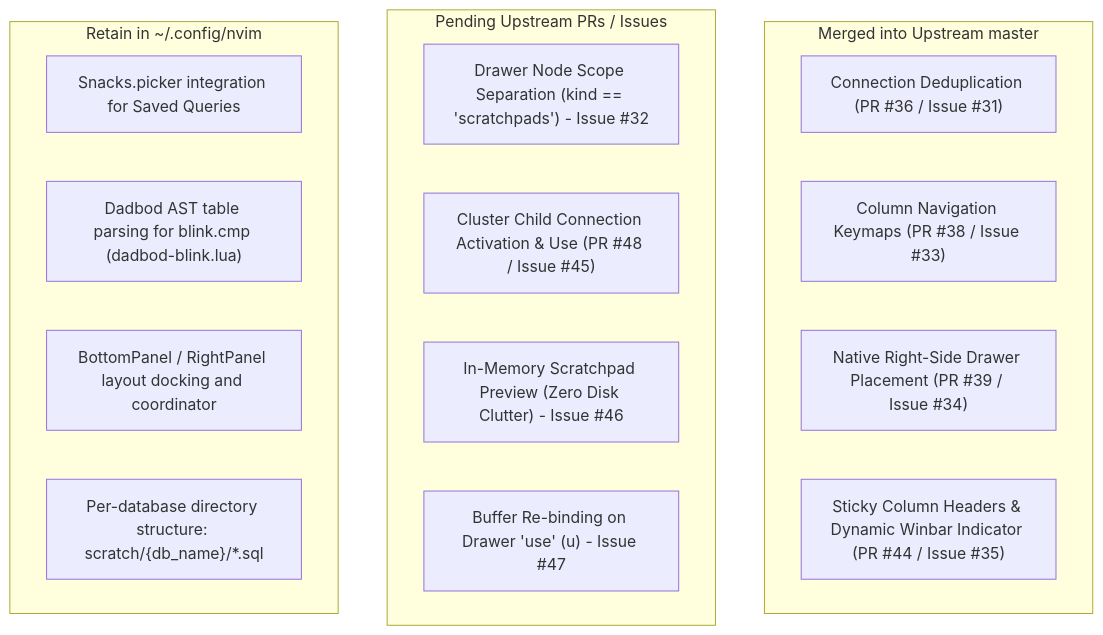
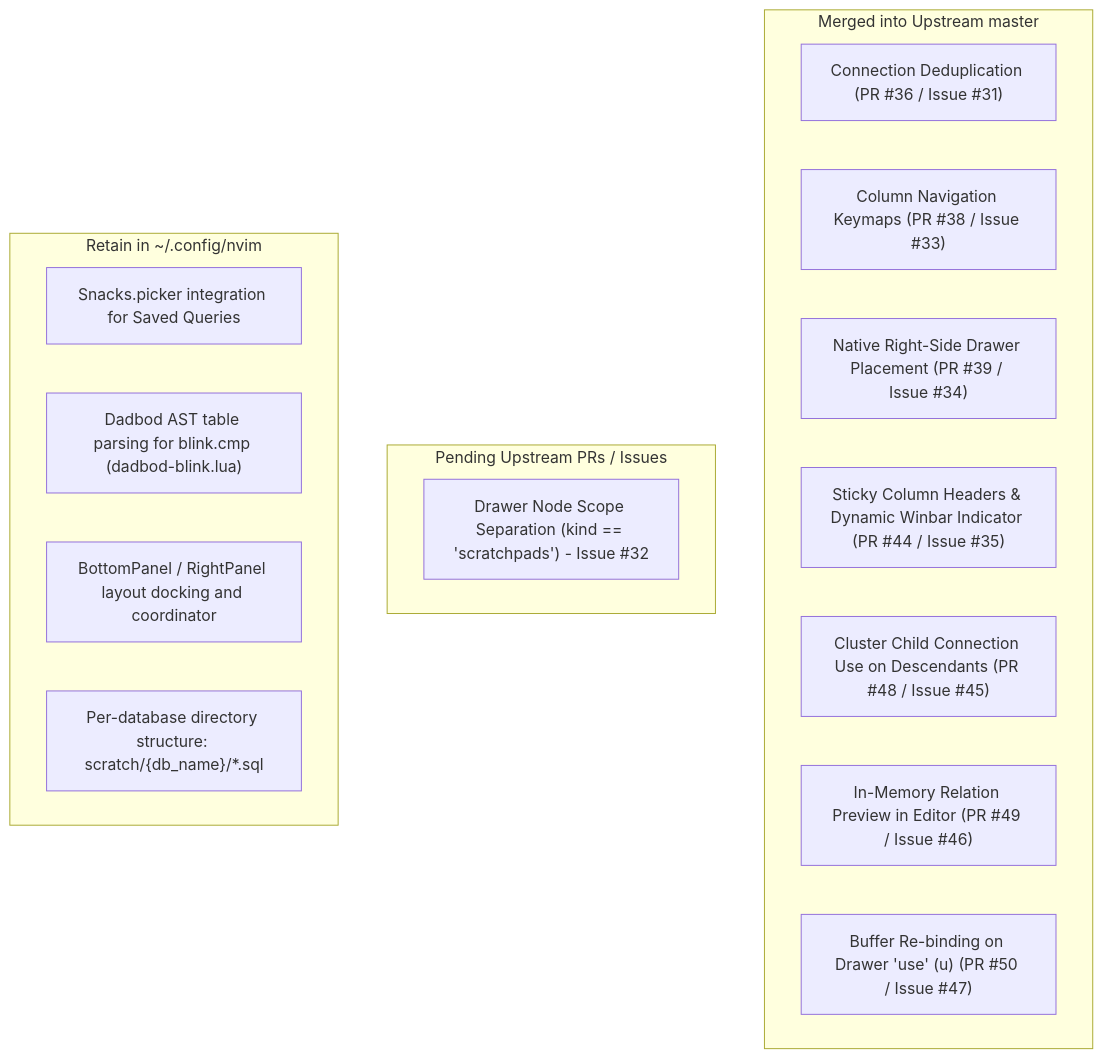
The diagram in database_agent.md (george-tk/nvim), drawn with Mermaid before and after one commit. The commit also changed other lines of this file and 1 other file, not shown here.

````diff
--- a/database_agent.md
+++ b/database_agent.md
@@ -34,23 +34,23 @@
 ```mermaid
 flowchart TD
     subgraph Resolved Upstream [Merged into Upstream master]
         A["Connection Deduplication (PR #36 / Issue #31)"]
         C["Column Navigation Keymaps (PR #38 / Issue #33)"]
         I["Native Right-Side Drawer Placement (PR #39 / Issue #34)"]
         D["Sticky Column Headers & Dynamic Winbar Indicator (PR #44 / Issue #35)"]
+        J["Cluster Child Connection Use on Descendants (PR #48 / Issue #45)"]
+        K["In-Memory Relation Preview in Editor (PR #49 / Issue #46)"]
+        L["Buffer Re-binding on Drawer 'use' (u) (PR #50 / Issue #47)"]
     end
 
     subgraph Upstream Candidates [Pending Upstream PRs / Issues]
         B["Drawer Node Scope Separation (kind == 'scratchpads') - Issue #32"]
-        J["Cluster Child Connection Activation & Use (PR #48 / Issue #45)"]
-        K["In-Memory Scratchpad Preview (Zero Disk Clutter) - Issue #46"]
-        L["Buffer Re-binding on Drawer 'use' (u) - Issue #47"]
     end
 
     subgraph User Config Integrations [Retain in ~/.config/nvim]
         E["Snacks.picker integration for Saved Queries"]
         F["Dadbod AST table parsing for blink.cmp (dadbod-blink.lua)"]
         G["BottomPanel / RightPanel layout docking and coordinator"]
         H["Per-database directory structure: scratch/{db_name}/*.sql"]
     end
 ```
````
